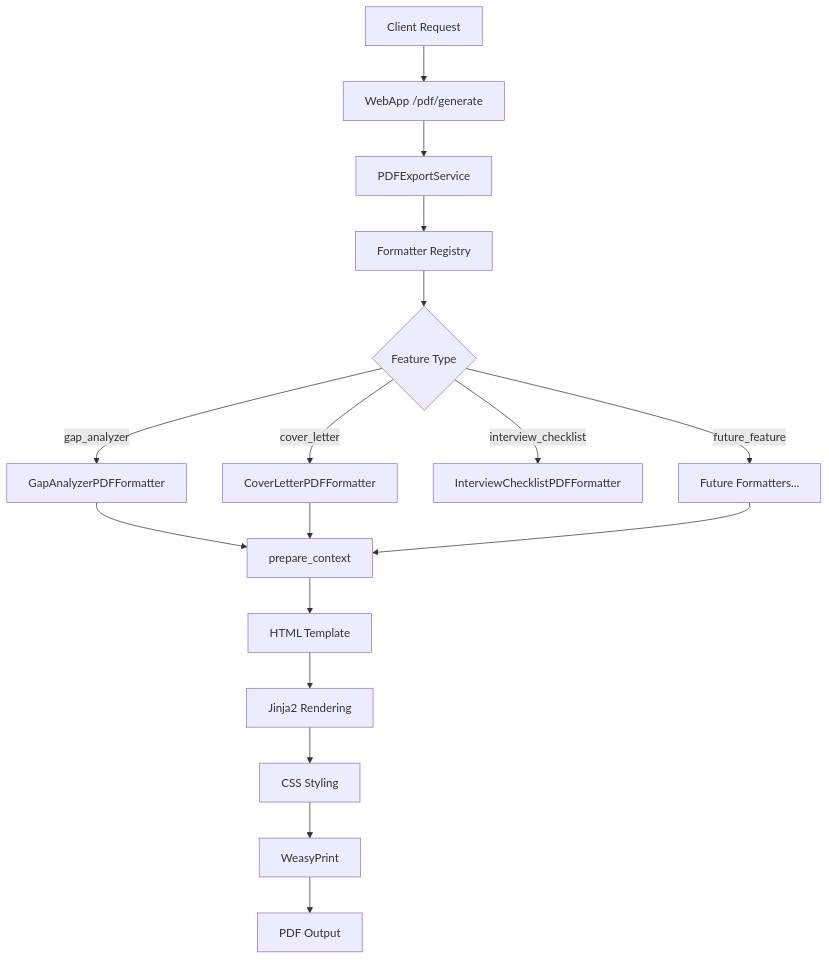
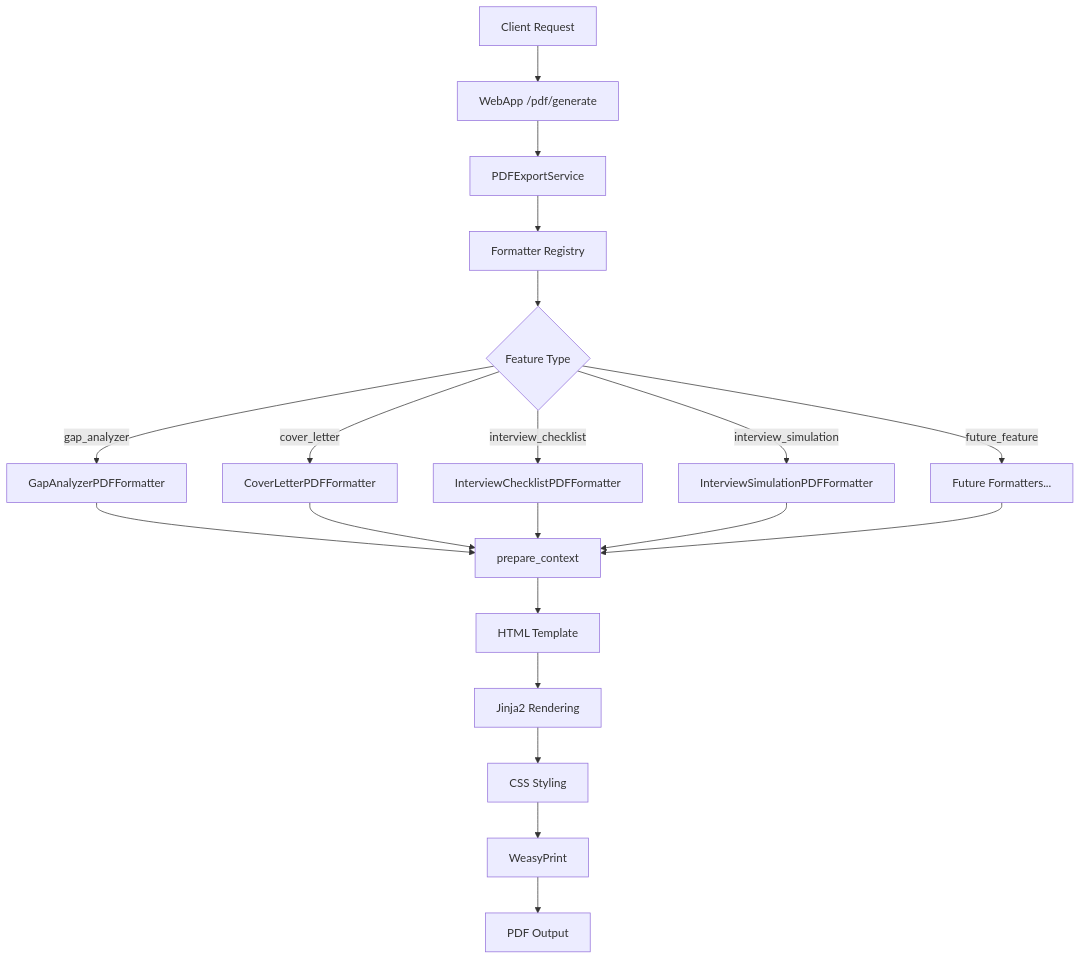
The first of 2 diagrams in docs/architecture/components/pdf_export.md (Maskedxxx/refactor_gpt_4_mini_hackaton_final), drawn with Mermaid before and after one commit. The commit also changed other lines of this file and 4 other files, not shown here.

First line of the commit message:
docs: comprehensive documentation update for LLM Interview Simulation feature

````diff
--- a/docs/architecture/components/pdf_export.md
+++ b/docs/architecture/components/pdf_export.md
@@ -16,22 +16,25 @@
 ```mermaid
 graph TD
     A[Client Request] --> B[WebApp /pdf/generate]
     B --> C[PDFExportService]
     C --> D[Formatter Registry]
     D --> E{Feature Type}
     
     E -->|gap_analyzer| F[GapAnalyzerPDFFormatter]
     E -->|cover_letter| G[CoverLetterPDFFormatter]
     E -->|interview_checklist| IC[InterviewChecklistPDFFormatter]
+    E -->|interview_simulation| IS[InterviewSimulationPDFFormatter]
     E -->|future_feature| H[Future Formatters...]
     
     F --> I[prepare_context]
     G --> I
+    IC --> I
+    IS --> I
     H --> I
     
     I --> J[HTML Template]
     J --> K[Jinja2 Rendering]
     K --> L[CSS Styling]
     L --> M[WeasyPrint]
     M --> N[PDF Output]
 ```
````
